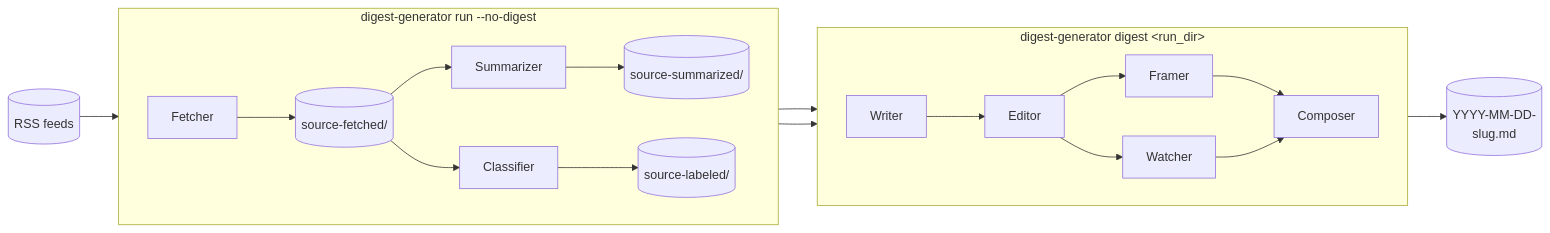
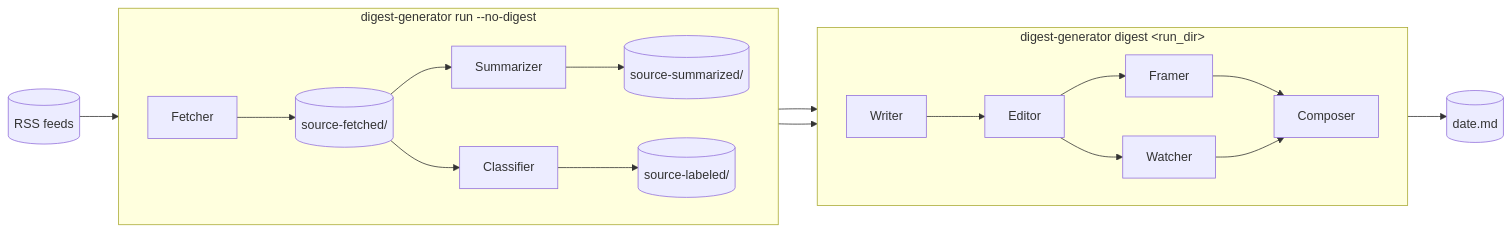
Before and after one commit to laplacef/digest-generator: the diagram in docs/usage.md, drawn with Mermaid. The commit also changed other lines of this file and 9 other files, not shown here.

First line of the commit message:
feat(digest): name deliverable and slug by date

````diff
--- a/docs/usage.md
+++ b/docs/usage.md
@@ -7,29 +7,29 @@
 ```mermaid
 flowchart LR
     Feeds[("RSS feeds")]
 
     subgraph S["digest-generator run --no-digest"]
         direction LR
         Fetch[Fetcher] --> Fetched[("source-fetched/")]
         Fetched --> Sum[Summarizer]
         Fetched --> Cls[Classifier]
         Sum --> Summed[("source-summarized/")]
         Cls --> Lbl[("source-labeled/")]
     end
 
     subgraph D["digest-generator digest &lt;run_dir&gt;"]
         direction LR
         W[Writer] --> Ed[Editor]
         Ed --> Fr[Framer]
         Ed --> Wa[Watcher]
         Fr --> Co[Composer]
         Wa --> Co
     end
 
-    MD[("YYYY-MM-DD-<br/>slug.md")]
+    MD[("date.md")]
 
     Feeds --> Fetch
     Summed --> W
     Lbl --> W
     Co --> MD
 ```
````
